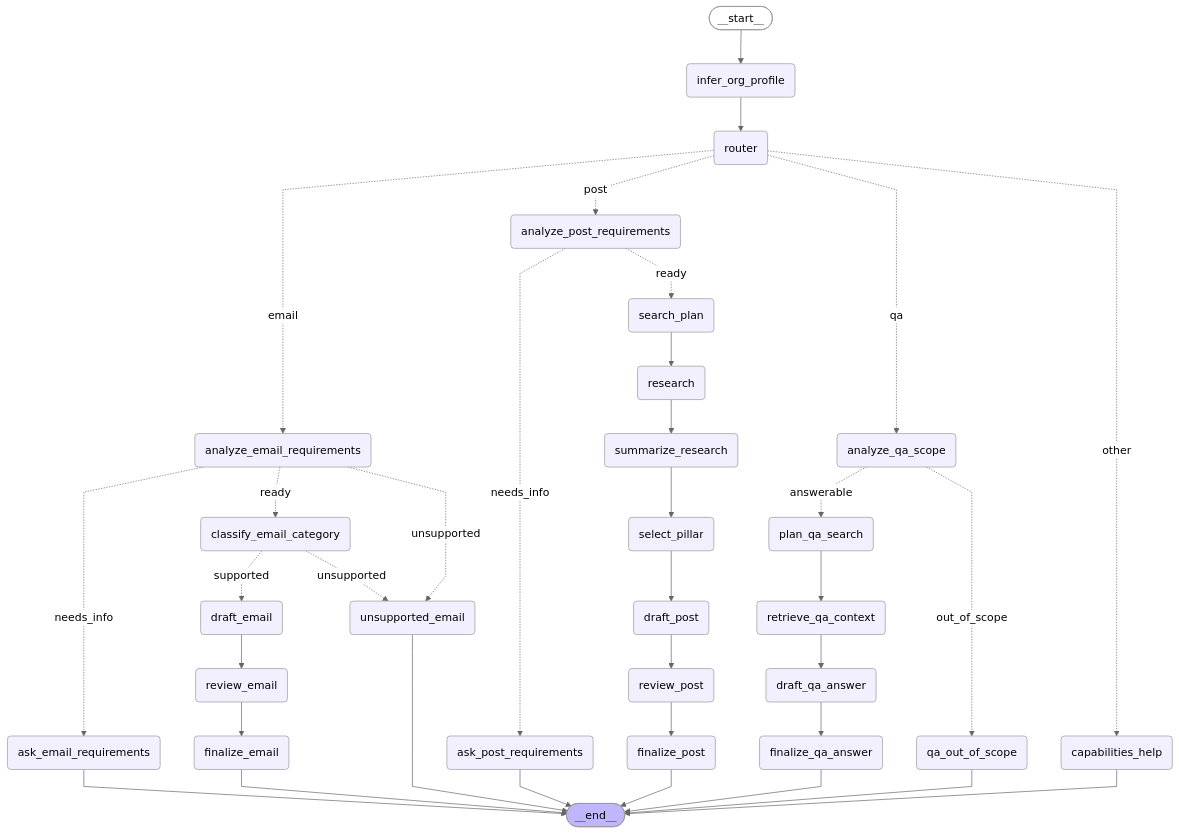
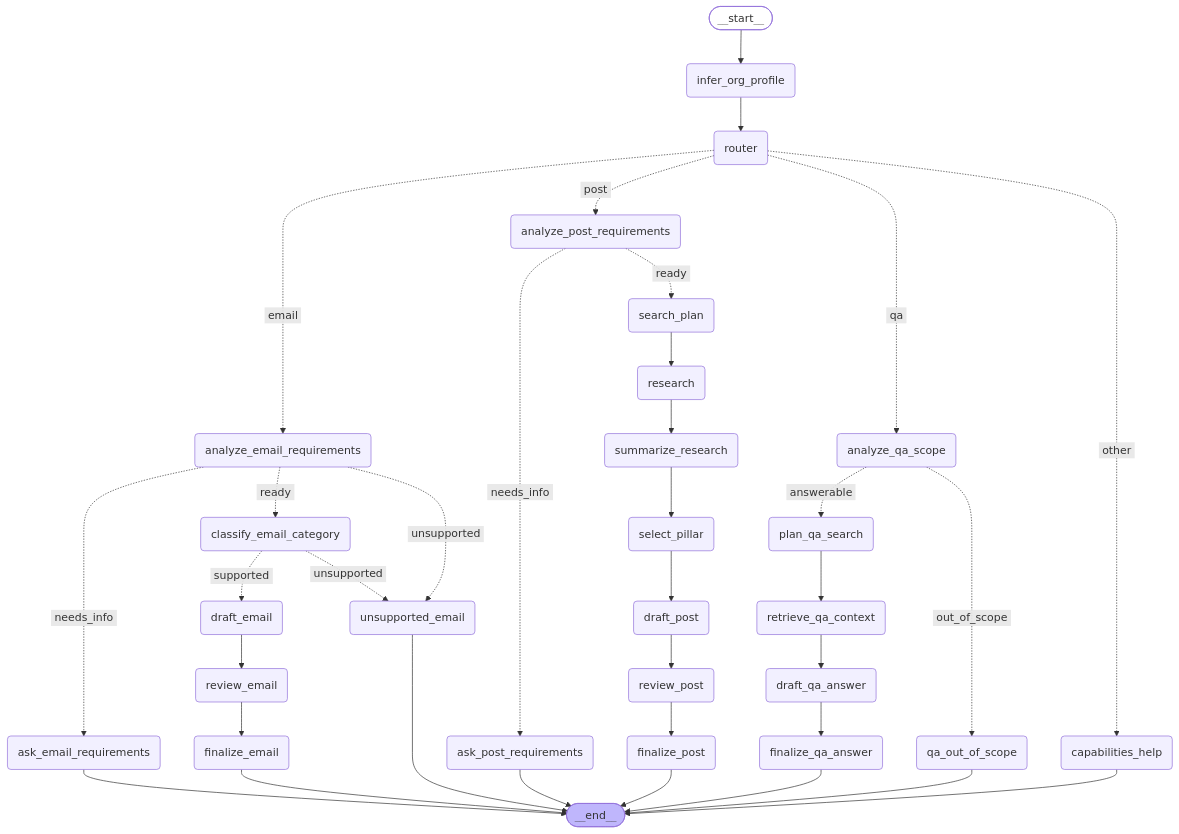
The diagram in README.md (SavvasMohito/vee-assignment), drawn with Mermaid before and after one commit.

Commit message:
Remove mermaid graph initialization settings

````diff
--- a/README.md
+++ b/README.md
@@ -15,68 +15,67 @@
 ```mermaid
-%%{init: {'theme': 'neutral', "flowchart" : { "curve" : "linear" } } }%%
 graph TD;
 	__start__([<p>__start__</p>]):::first
 	infer_org_profile(infer_org_profile)
 	router(router)
 	analyze_post_requirements(analyze_post_requirements)
 	ask_post_requirements(ask_post_requirements)
 	analyze_email_requirements(analyze_email_requirements)
 	ask_email_requirements(ask_email_requirements)
 	capabilities_help(capabilities_help)
 	search_plan(search_plan)
 	research(research)
 	summarize_research(summarize_research)
 	select_pillar(select_pillar)
 	draft_post(draft_post)
 	review_post(review_post)
 	finalize_post(finalize_post)
 	classify_email_category(classify_email_category)
 	unsupported_email(unsupported_email)
 	draft_email(draft_email)
 	review_email(review_email)
 	finalize_email(finalize_email)
 	analyze_qa_scope(analyze_qa_scope)
 	qa_out_of_scope(qa_out_of_scope)
 	plan_qa_search(plan_qa_search)
 	retrieve_qa_context(retrieve_qa_context)
 	draft_qa_answer(draft_qa_answer)
 	finalize_qa_answer(finalize_qa_answer)
 	__end__([<p>__end__</p>]):::last
 	__start__ --> infer_org_profile;
 	analyze_email_requirements -. &nbsp;needs_info&nbsp; .-> ask_email_requirements;
 	analyze_email_requirements -. &nbsp;ready&nbsp; .-> classify_email_category;
 	analyze_email_requirements -. &nbsp;unsupported&nbsp; .-> unsupported_email;
 	analyze_post_requirements -. &nbsp;needs_info&nbsp; .-> ask_post_requirements;
 	analyze_post_requirements -. &nbsp;ready&nbsp; .-> search_plan;
 	analyze_qa_scope -. &nbsp;answerable&nbsp; .-> plan_qa_search;
 	analyze_qa_scope -. &nbsp;out_of_scope&nbsp; .-> qa_out_of_scope;
 	classify_email_category -. &nbsp;supported&nbsp; .-> draft_email;
 	classify_email_category -. &nbsp;unsupported&nbsp; .-> unsupported_email;
 	draft_email --> review_email;
 	draft_post --> review_post;
 	draft_qa_answer --> finalize_qa_answer;
 	infer_org_profile --> router;
 	plan_qa_search --> retrieve_qa_context;
 	research --> summarize_research;
 	retrieve_qa_context --> draft_qa_answer;
 	review_email --> finalize_email;
 	review_post --> finalize_post;
 	router -. &nbsp;email&nbsp; .-> analyze_email_requirements;
 	router -. &nbsp;post&nbsp; .-> analyze_post_requirements;
 	router -. &nbsp;qa&nbsp; .-> analyze_qa_scope;
 	router -. &nbsp;other&nbsp; .-> capabilities_help;
 	search_plan --> research;
 	select_pillar --> draft_post;
 	summarize_research --> select_pillar;
 	ask_email_requirements --> __end__;
 	ask_post_requirements --> __end__;
 	capabilities_help --> __end__;
 	finalize_email --> __end__;
 	finalize_post --> __end__;
 	finalize_qa_answer --> __end__;
 	qa_out_of_scope --> __end__;
 	unsupported_email --> __end__;
 	classDef default fill:#f2f0ff,line-height:1.2
 	classDef first fill-opacity:0
 	classDef last fill:#bfb6fc
 ```
````
